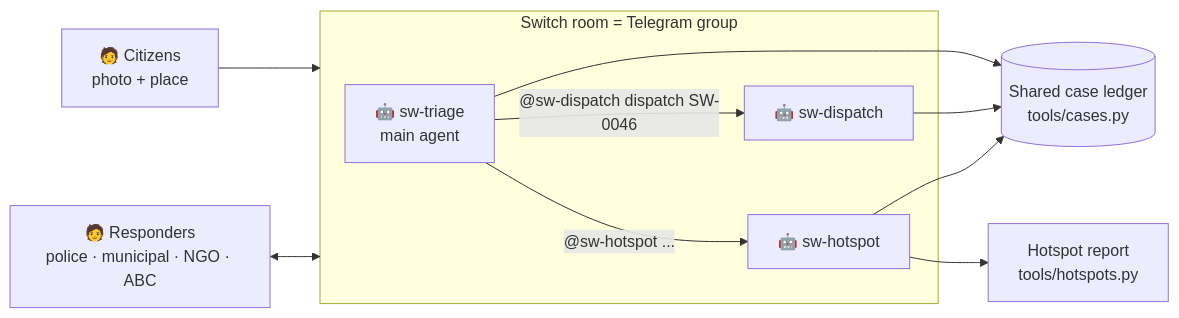
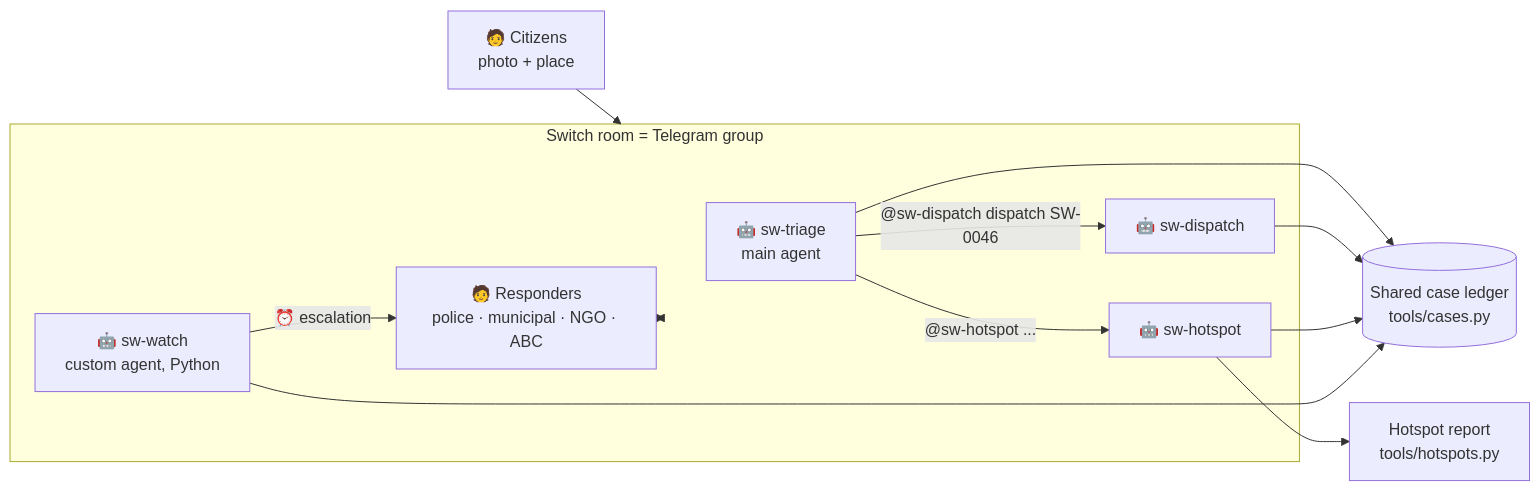
Before and after one commit to meenakshisatpathy20-del/SWITCH-AI: the diagram in README.md, drawn with Mermaid. The commit also changed other lines of this file and 2 other files, not shown here.

First line of the commit message:
Add sw-watch escalation watcher as a custom Switch agent

````diff
--- a/README.md
+++ b/README.md
@@ -41,11 +41,12 @@
 ```mermaid
 flowchart LR
   C[🧑 Citizens<br/>photo + place] --> R
   P[🧑 Responders<br/>police · municipal · NGO · ABC] <--> R
   subgraph R[Switch room = Telegram group]
     T[🤖 sw-triage<br/>main agent] -->|"@sw-dispatch dispatch SW-0046"| D[🤖 sw-dispatch]
     T -->|"@sw-hotspot ..."| H[🤖 sw-hotspot]
+    W[🤖 sw-watch<br/>custom agent, Python] -->|"⏰ escalation"| P
   end
-  T & D & H --> L[(Shared case ledger<br/>tools/cases.py)]
+  T & D & H & W --> L[(Shared case ledger<br/>tools/cases.py)]
   H --> S[Hotspot report<br/>tools/hotspots.py]
 ```
````
